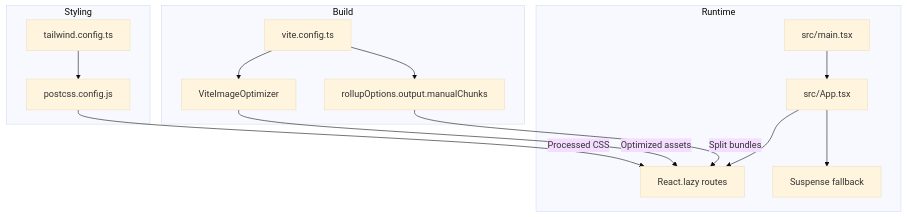
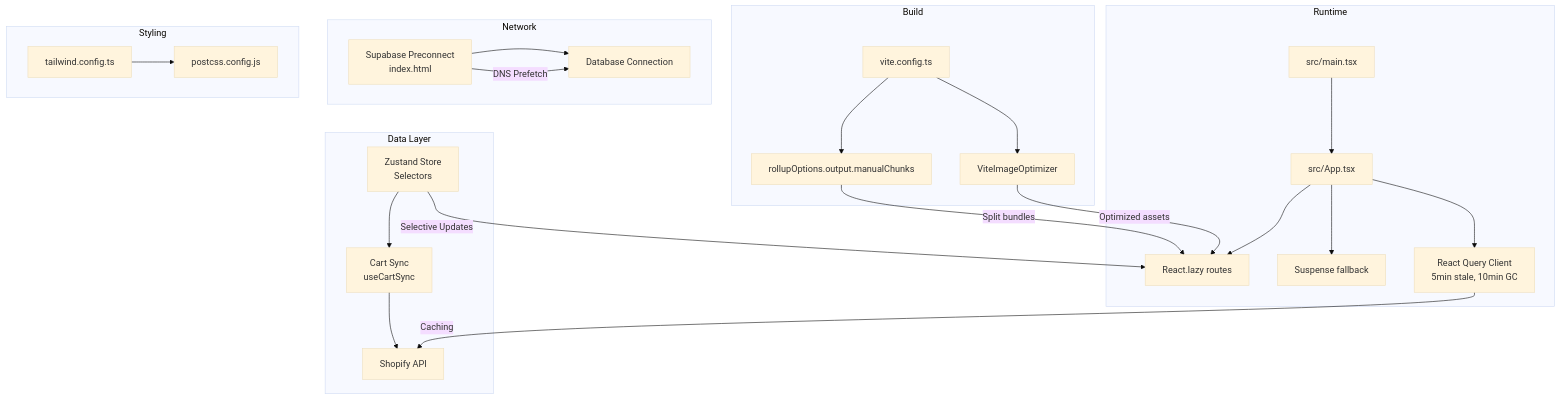
Before and after one commit to Hawky1/ryland: the second of 10 diagrams in .qoder/repowiki/en/content/Performance Optimization.md, drawn with Mermaid (base theme). The commit also changed other lines of this file and 7 other files, not shown here.

````diff
--- a/.qoder/repowiki/en/content/Performance Optimization.md
+++ b/.qoder/repowiki/en/content/Performance Optimization.md
@@ -86,18 +115,28 @@
 ```mermaid
 graph TB
 subgraph "Build"
 VC["vite.config.ts"] --> RC["rollupOptions.output.manualChunks"]
 VC --> IO["ViteImageOptimizer"]
 end
 subgraph "Runtime"
 APP["src/App.tsx"] --> LAZY["React.lazy routes"]
 APP --> SUSP["Suspense fallback"]
+APP --> RQ["React Query Client<br/>5min stale, 10min GC"]
 MAIN["src/main.tsx"] --> APP
+end
+subgraph "Data Layer"
+ZS["Zustand Store<br/>Selectors"] --> CS["Cart Sync<br/>useCartSync"]
+CS --> API["Shopify API"]
+end
+subgraph "Network"
+PRE["Supabase Preconnect<br/>index.html"] --> DB["Database Connection"]
 end
 subgraph "Styling"
 TW["tailwind.config.ts"] --> PC["postcss.config.js"]
 end
 RC --> |Split bundles| LAZY
 IO --> |Optimized assets| LAZY
-PC --> |Processed CSS| LAZY
+RQ --> |Caching| API
+PRE --> |DNS Prefetch| DB
+ZS --> |Selective Updates| LAZY
 ```
````
